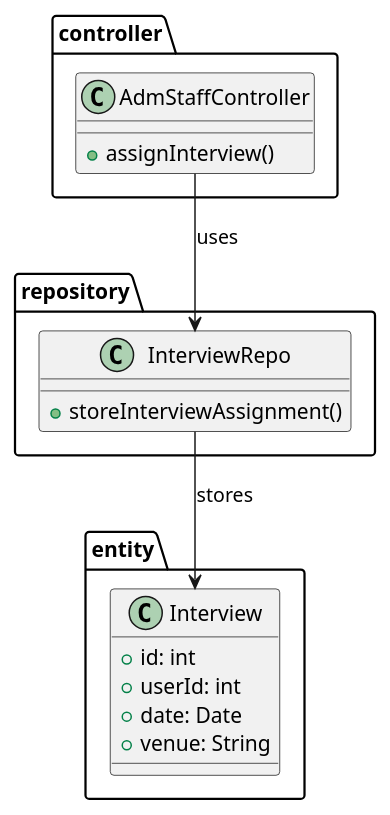
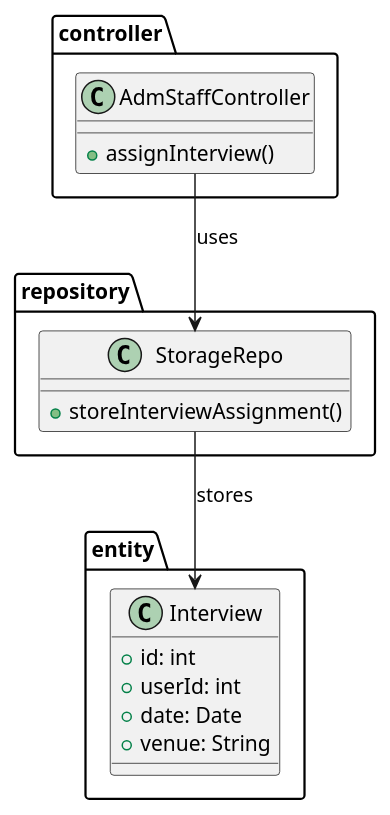
One commit to iamSlightlyWind/Legacy changed the diagram in SWD392/class_diagrams/39_assign_interview.puml. Above: the diagram before and after it, drawn with PlantUML. The commit also changed 34 other files, not shown here.

Commit message:
SWD392: Class Diagrams: Fixed Code Package missmatch

```diff
--- a/SWD392/class_diagrams/39_assign_interview.puml
+++ b/SWD392/class_diagrams/39_assign_interview.puml
@@ -1,25 +1,25 @@
 @startuml
 package controller {
     class AdmStaffController {
         +assignInterview()
     }
 }
 
 package repository {
-    class InterviewRepo {
+    class StorageRepo {
         +storeInterviewAssignment()
     }
 }
 
 package entity {
     class Interview {
         +id: int
         +userId: int
         +date: Date
         +venue: String
     }
 }
 
-AdmStaffController --> InterviewRepo : uses
-InterviewRepo --> Interview : stores
+AdmStaffController --> StorageRepo : uses
+StorageRepo --> Interview : stores
 @enduml
```
